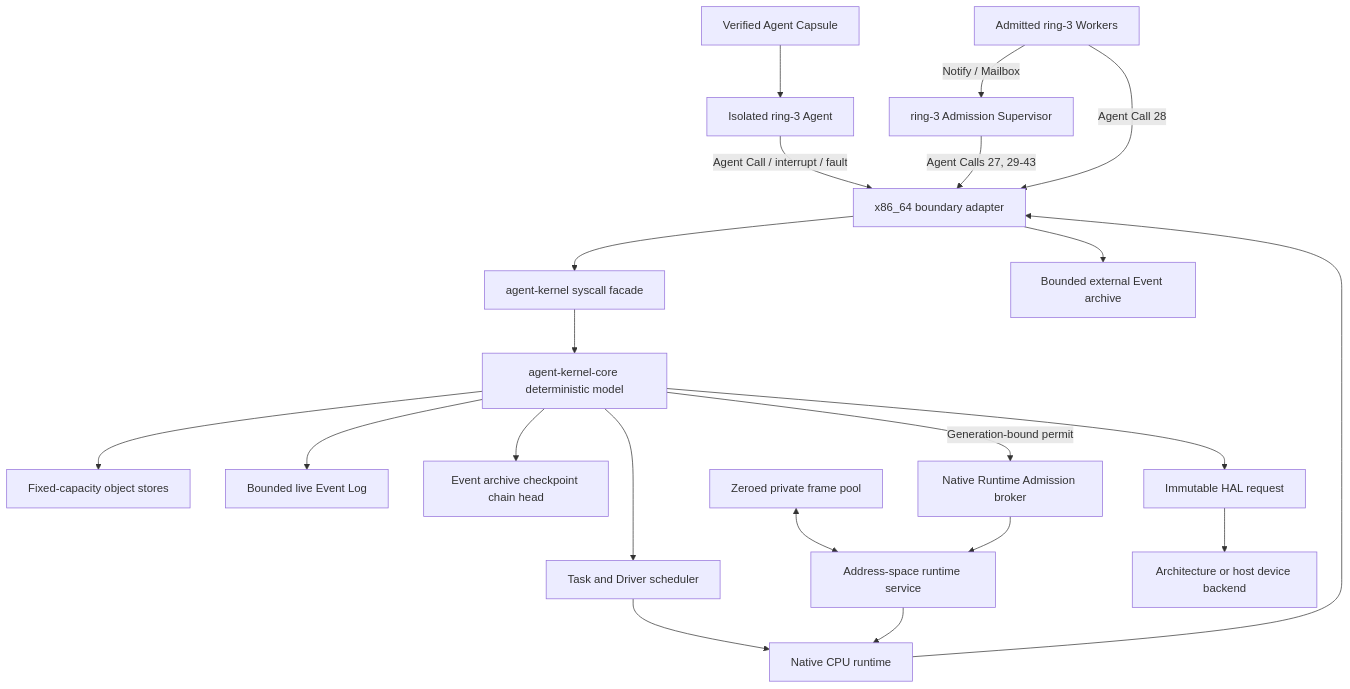
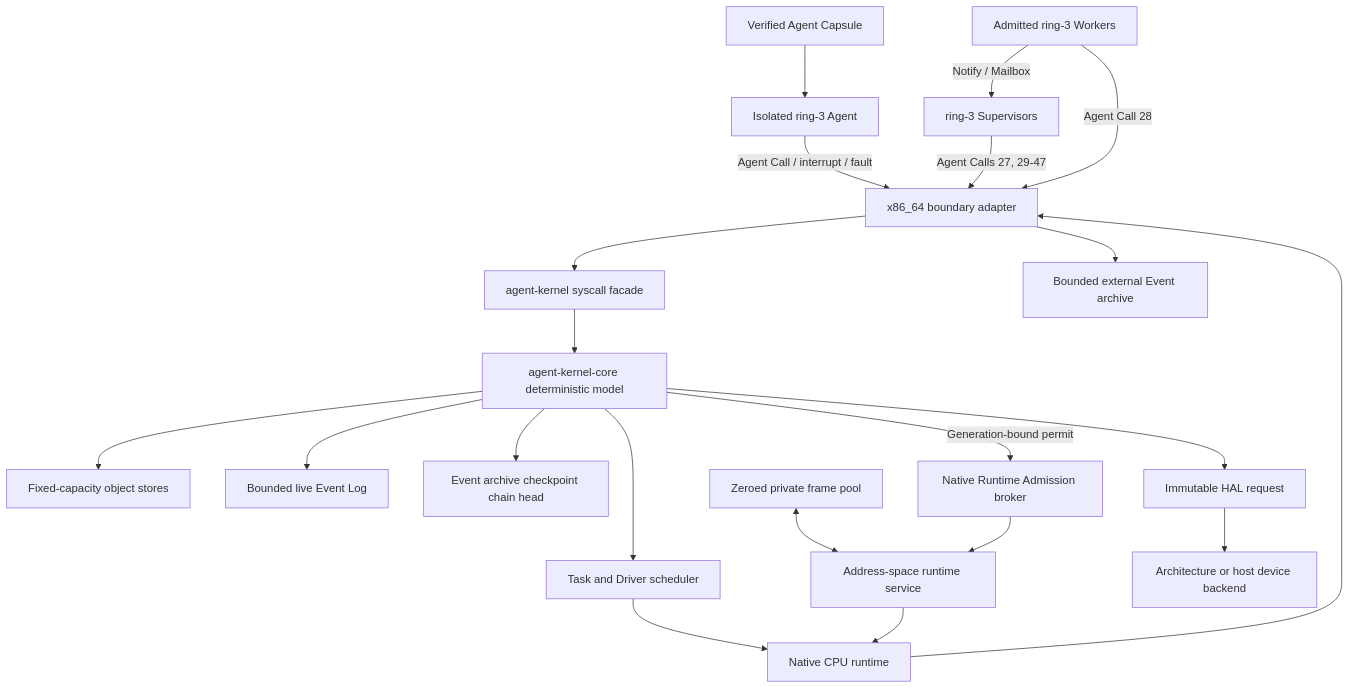
The diagram in README.md (Evan-master/agent-kernel), drawn with Mermaid before and after one commit. The commit also changed other lines of this file and 49 other files, not shown here.

````diff
--- a/README.md
+++ b/README.md
@@ -310,23 +322,23 @@
 ```mermaid
 flowchart TB
     Capsule["Verified Agent Capsule"] --> Ring3["Isolated ring-3 Agent"]
     Ring3 -->|"Agent Call / interrupt / fault"| X86["x86_64 boundary adapter"]
     X86 --> Facade["agent-kernel syscall facade"]
     Facade --> Core["agent-kernel-core deterministic model"]
     Core --> Stores["Fixed-capacity object stores"]
     Core --> Events["Bounded live Event Log"]
     Core --> ArchiveHead["Event archive checkpoint chain head"]
     Core --> Scheduler["Task and Driver scheduler"]
     Scheduler --> Runtime["Native CPU runtime"]
     Runtime --> X86
     FramePool["Zeroed private frame pool"] <--> AddressService["Address-space runtime service"]
     Broker["Native Runtime Admission broker"] --> AddressService
     Core -->|"Generation-bound permit"| Broker
     AddressService --> Runtime
     X86 --> Archive["Bounded external Event archive"]
     Core --> HAL["Immutable HAL request"]
     HAL --> Device["Architecture or host device backend"]
-    Supervisor["ring-3 Admission Supervisor"] -->|"Agent Calls 27, 29-43"| X86
+    Supervisor["ring-3 Supervisors"] -->|"Agent Calls 27, 29-47"| X86
     Workers["Admitted ring-3 Workers"] -->|"Agent Call 28"| X86
     Workers -->|"Notify / Mailbox"| Supervisor
 ```
````
